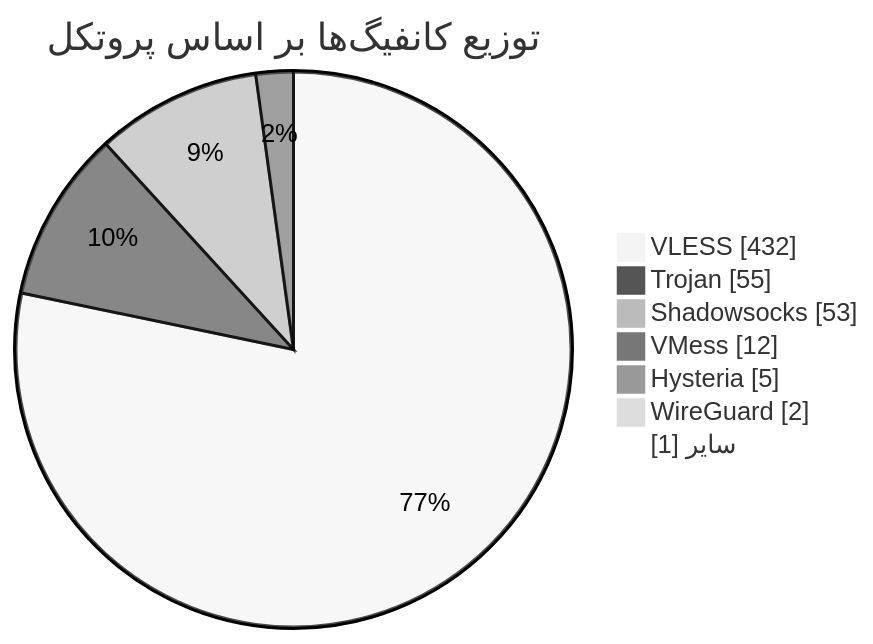
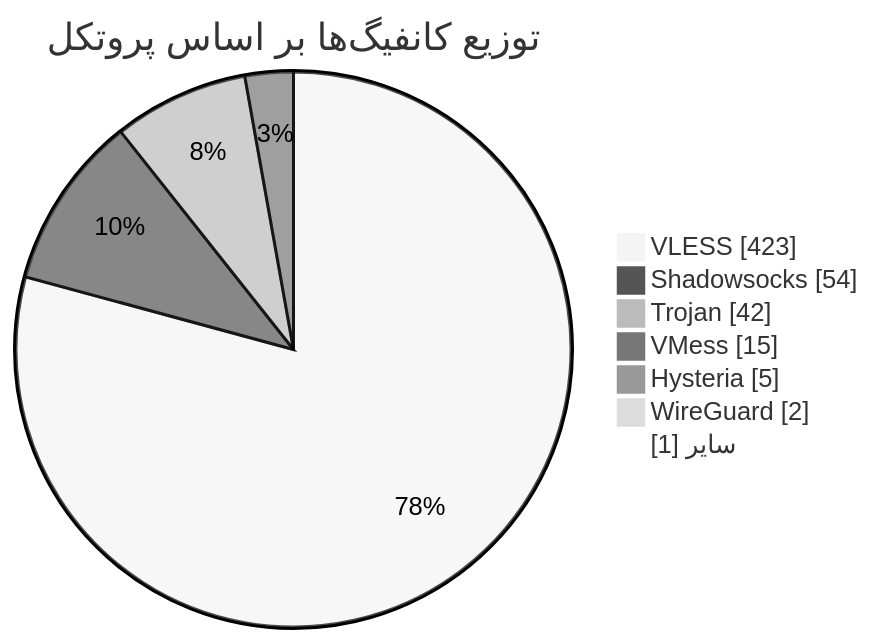
Before and after one commit to Arian-Alijani/Somthing: the diagram in README.md, drawn with Mermaid (neutral theme). The commit also changed other lines of this file and 17 other files, not shown here.

````diff
--- a/README.md
+++ b/README.md
@@ -49,11 +49,11 @@
 ```mermaid
 pie showData
     title توزیع کانفیگ‌ها بر اساس پروتکل
-    "VLESS" : 432
-    "Trojan" : 55
-    "Shadowsocks" : 53
-    "VMess" : 12
+    "VLESS" : 423
+    "Shadowsocks" : 54
+    "Trojan" : 42
+    "VMess" : 15
     "Hysteria" : 5
     "WireGuard" : 2
     "سایر" : 1
 ```
````
